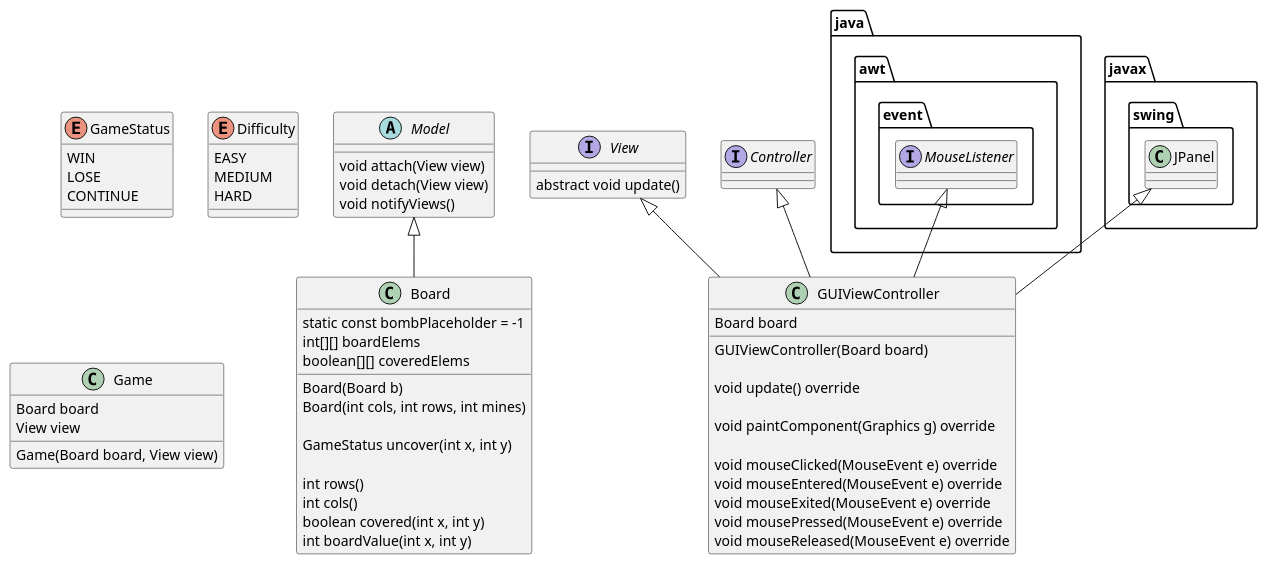
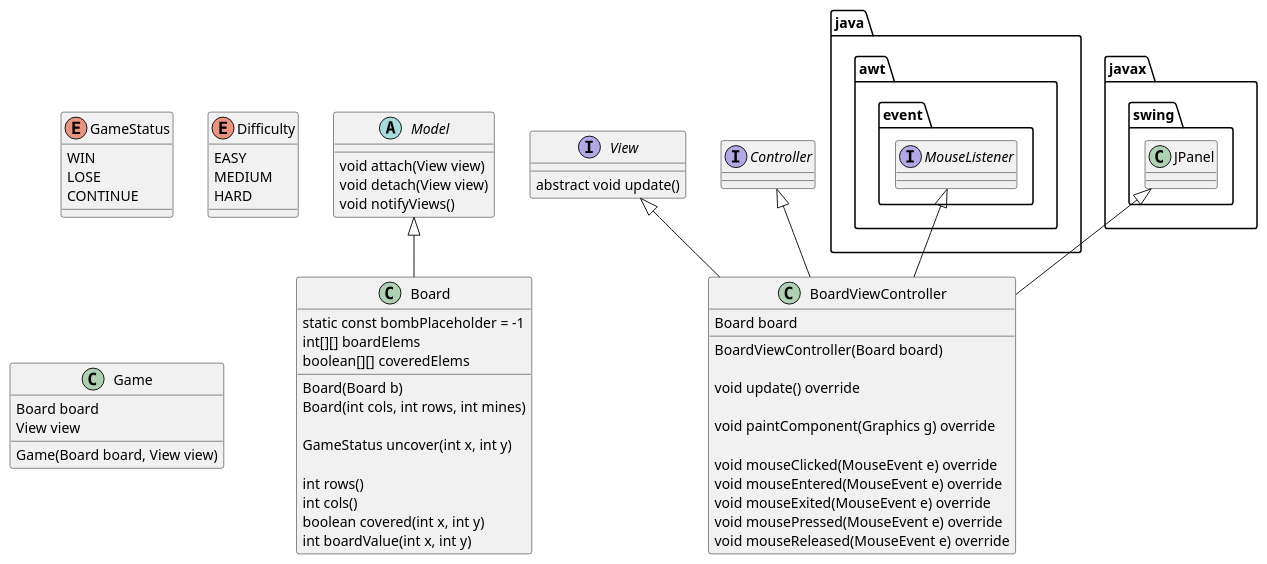
Before and after one commit to MarkMizzi/minesweeper: the diagram in design/minesweeper.plantuml, drawn with PlantUML.

Commit message:
[task2] change classname GUIViewController to BoardViewController

```diff
--- a/design/minesweeper.plantuml
+++ b/design/minesweeper.plantuml
@@ -1,76 +1,76 @@
 @startuml
 
 abstract class Model {
     void attach(View view)
     void detach(View view)
     void notifyViews()
 }
 
 class Board {
 
     static const bombPlaceholder = -1
     int[][] boardElems
     boolean[][] coveredElems
 
     Board(Board b)
     Board(int cols, int rows, int mines)
 
     GameStatus uncover(int x, int y)
 
     int rows()
     int cols()
     boolean covered(int x, int y)
     int boardValue(int x, int y)
 }
 
 enum GameStatus {
     WIN
     LOSE
     CONTINUE
 }
 
 enum Difficulty {
     EASY
     MEDIUM
     HARD
 }
 
-class GUIViewController {
+class BoardViewController {
     Board board
 
-    GUIViewController(Board board)
+    BoardViewController(Board board)
 
     void update() override
 
     void paintComponent(Graphics g) override
 
     void mouseClicked(MouseEvent e) override
     void mouseEntered(MouseEvent e) override
     void mouseExited(MouseEvent e) override
     void mousePressed(MouseEvent e) override
     void mouseReleased(MouseEvent e) override
 }
 
 interface View {
     abstract void update()
 }
 
 class Game {
     Board board
     View view
 
     Game(Board board, View view)
 }
 
 interface java.awt.event.MouseListener
 class javax.swing.JPanel
 
 interface Controller
 
 Model <|-- Board
-Controller <|-- GUIViewController
-View <|-- GUIViewController
-java.awt.event.MouseListener <|-- GUIViewController
-javax.swing.JPanel <|-- GUIViewController
+Controller <|-- BoardViewController
+View <|-- BoardViewController
+java.awt.event.MouseListener <|-- BoardViewController
+javax.swing.JPanel <|-- BoardViewController
 
 @enduml
```
